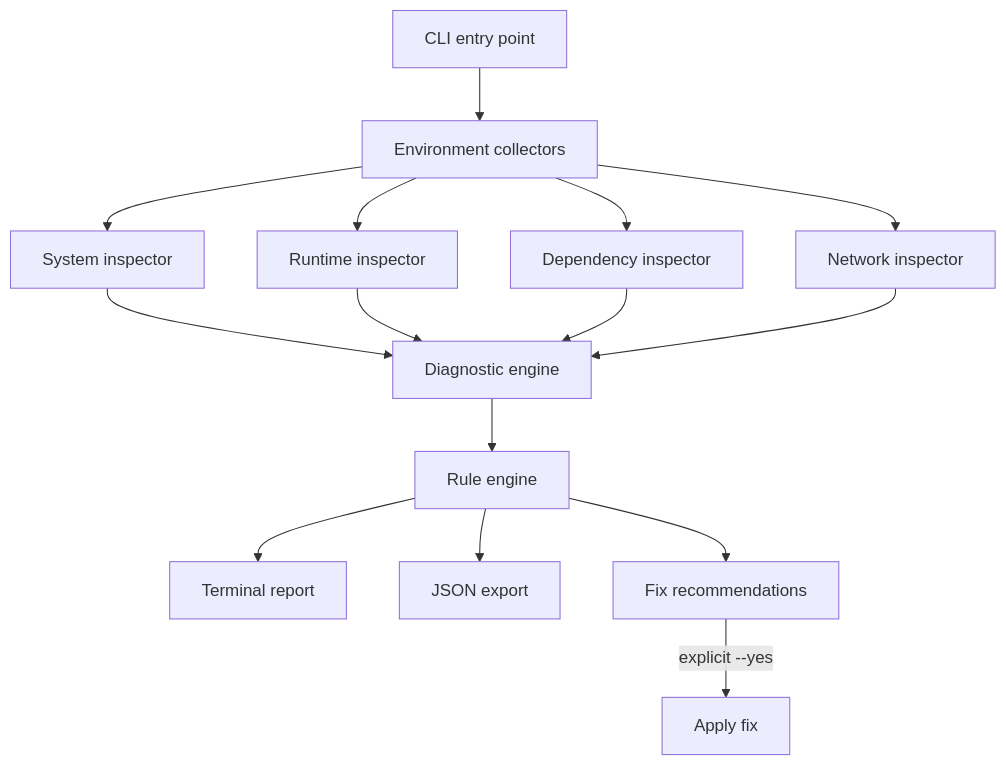
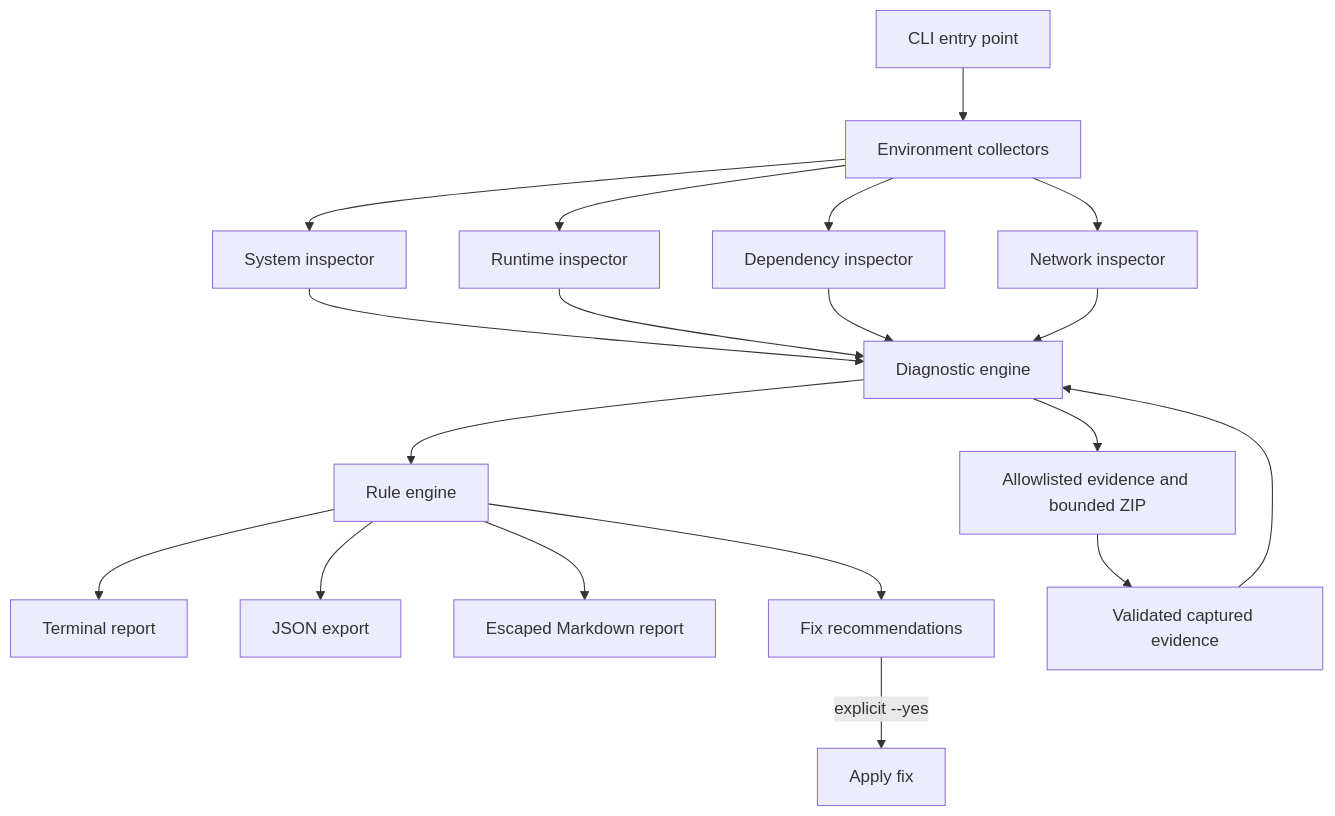
The diagram in docs/PLAN.md (Shellghostt/EnvDoctor), drawn with Mermaid before and after one commit. The commit also changed other lines of this file and 9 other files, not shown here.

````diff
--- a/docs/PLAN.md
+++ b/docs/PLAN.md
@@ -185,17 +187,21 @@
 ```mermaid
 flowchart TD
     CLI[CLI entry point] --> COL[Environment collectors]
     COL --> SYS[System inspector]
     COL --> RUNTIME[Runtime inspector]
     COL --> DEP[Dependency inspector]
     COL --> NET[Network inspector]
     SYS --> ENGINE[Diagnostic engine]
     RUNTIME --> ENGINE
     DEP --> ENGINE
     NET --> ENGINE
     ENGINE --> RULES[Rule engine]
     RULES --> REPORT[Terminal report]
     RULES --> JSON[JSON export]
+    RULES --> MARKDOWN[Escaped Markdown report]
+    ENGINE --> BUNDLE[Allowlisted evidence and bounded ZIP]
+    BUNDLE --> OFFLINE[Validated captured evidence]
+    OFFLINE --> ENGINE
     RULES --> FIX[Fix recommendations]
     FIX -->|explicit --yes| APPLY[Apply fix]
 ```
````
